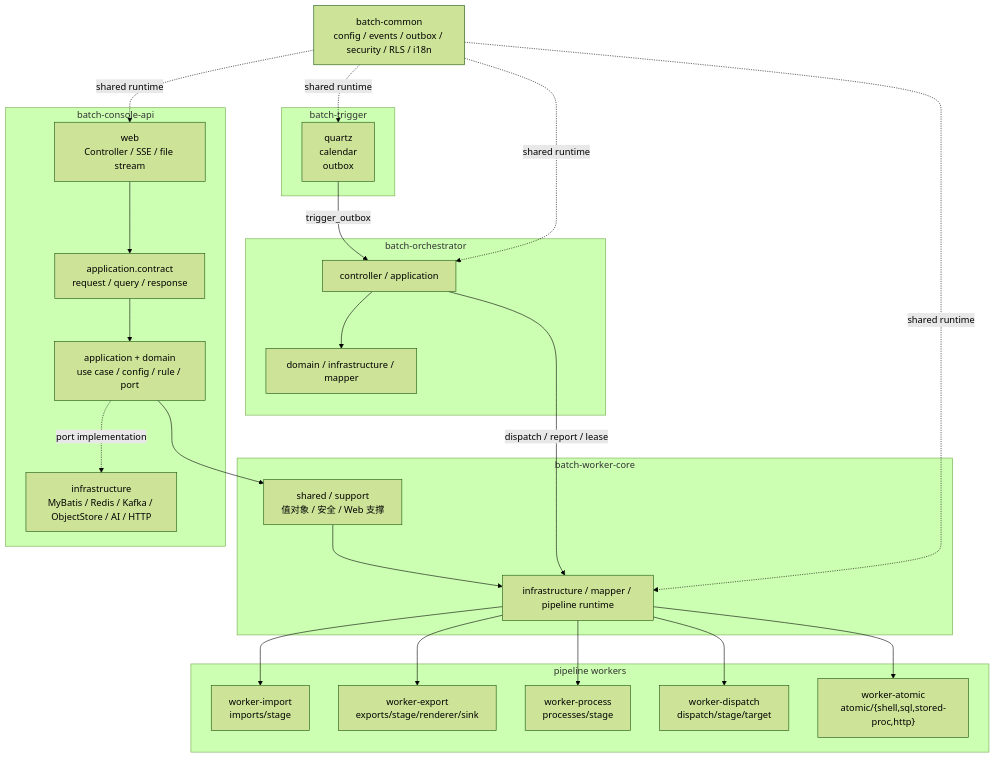
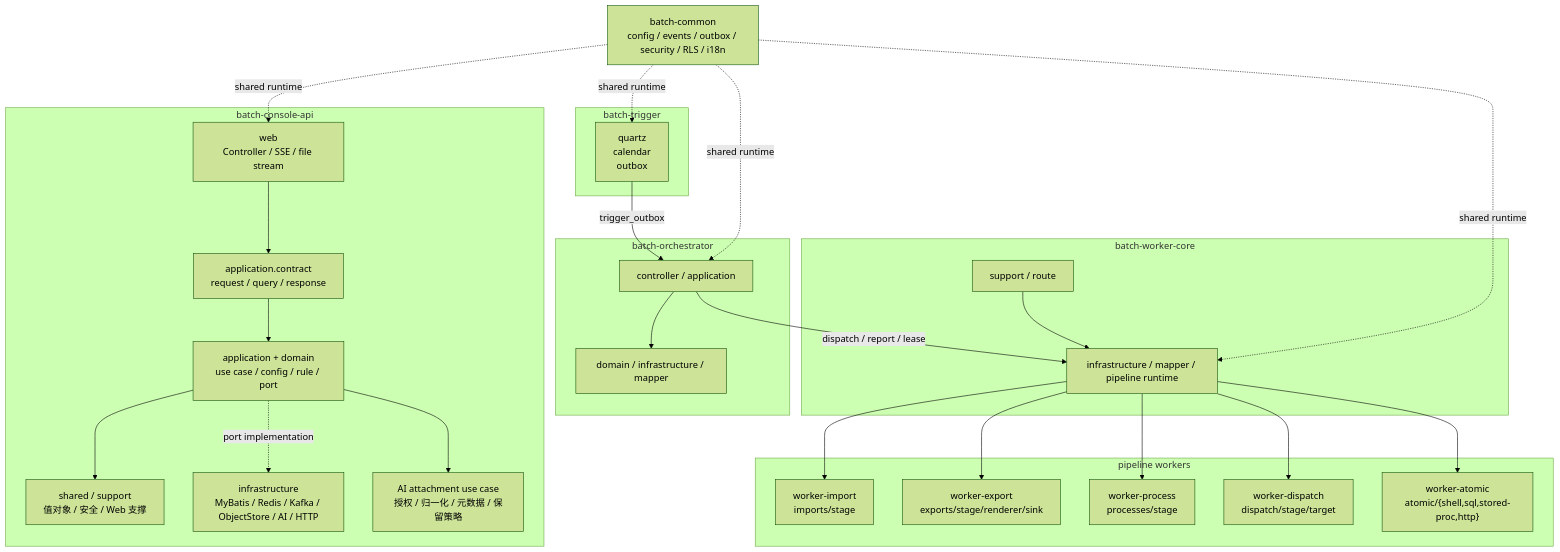
One commit to pinpols/file-batch-system changed the second of 2 diagrams in docs/architecture/project-structure.md. Above: the diagram before and after it, drawn with Mermaid (forest theme). The commit also changed other lines of this file and 70 other files, not shown here.

````diff
--- a/docs/architecture/project-structure.md
+++ b/docs/architecture/project-structure.md
@@ -173,51 +185,53 @@
 ```mermaid
 flowchart TB
   COMMON["batch-common\nconfig / events / outbox / security / RLS / i18n"]
 
   subgraph TRIGGER_MODULE["batch-trigger"]
     TQ["quartz\ncalendar\noutbox"]
   end
 
   subgraph ORCHESTRATOR_MODULE["batch-orchestrator"]
     OA["controller / application"]
     OD["domain / infrastructure / mapper"]
     OA --> OD
   end
 
   subgraph CORE_MODULE["batch-worker-core"]
-    CS["support / route"]
+    CORE_SUPPORT["support / route"]
     CI["infrastructure / mapper / pipeline runtime"]
-    CS --> CI
+    CORE_SUPPORT --> CI
   end
 
   subgraph PIPELINE_MODULES["pipeline workers"]
     IMP["worker-import\nimports/stage"]
     EXP["worker-export\nexports/stage/renderer/sink"]
     PROC["worker-process\nprocesses/stage"]
     DISP["worker-dispatch\ndispatch/stage/target"]
     AT["worker-atomic\natomic/{shell,sql,stored-proc,http}"]
   end
 
   subgraph CONSOLE_MODULE["batch-console-api"]
     CW["web\nController / SSE / file stream"]
     CC["application.contract\nrequest / query / response"]
     CA["application + domain\nuse case / config / rule / port"]
-    CS["shared / support\n值对象 / 安全 / Web 支撑"]
+    CONSOLE_SHARED["shared / support\n值对象 / 安全 / Web 支撑"]
     CX["infrastructure\nMyBatis / Redis / Kafka / ObjectStore / AI / HTTP"]
+    AI_ATTACH["AI attachment use case\n授权 / 归一化 / 元数据 / 保留策略"]
     CW --> CC --> CA
-    CA --> CS
+    CA --> CONSOLE_SHARED
+    CA --> AI_ATTACH
     CA -. "port implementation" .-> CX
   end
 
   TQ -->|"trigger_outbox"| OA
   OA -->|"dispatch / report / lease"| CI
   CI --> IMP
   CI --> EXP
   CI --> PROC
   CI --> DISP
   CI --> AT
   COMMON -. "shared runtime" .-> TQ
   COMMON -. "shared runtime" .-> OA
   COMMON -. "shared runtime" .-> CI
   COMMON -. "shared runtime" .-> CW
 ```
````
